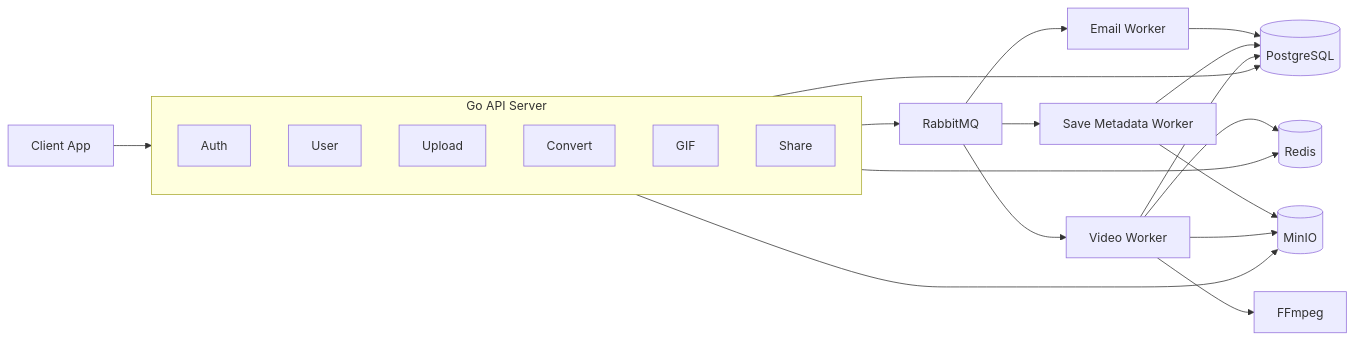
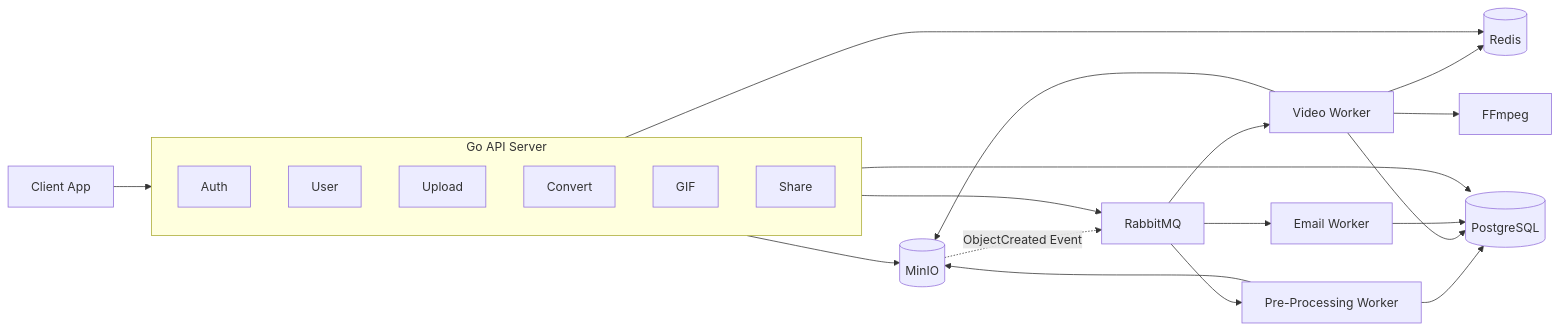
The first of 3 diagrams in README.md (labib0x9/FFgif), drawn with Mermaid before and after one commit. The commit also changed other lines of this file, not shown here.

Commit message:
docs: modified diagram of video converting

````diff
--- a/README.md
+++ b/README.md
@@ -23,46 +23,49 @@
 ```mermaid
 flowchart LR
 
     Client["Client App"]
 
     subgraph API["Go API Server"]
         Auth["Auth"]
         User["User"]
         Upload["Upload"]
         Convert["Convert"]
         GIF["GIF"]
         Share["Share"]
     end
 
     PG[("PostgreSQL")]
     Redis[("Redis")]
     MinIO[("MinIO")]
     RabbitMQ["RabbitMQ"]
 
+    PreWorker["Pre-Processing Worker"]
+    VideoWorker["Video Worker"]
     EmailWorker["Email Worker"]
-    VideoWorker["Video Worker"]
-    SaveWorker["Save Metadata Worker"]
 
     FFmpeg["FFmpeg"]
 
     Client --> API
 
     API --> PG
     API --> Redis
     API --> MinIO
     API --> RabbitMQ
 
-    RabbitMQ --> EmailWorker
+    %% Upload pipeline
+    MinIO -. ObjectCreated Event .-> RabbitMQ
+    RabbitMQ --> PreWorker
+    PreWorker --> MinIO
+    PreWorker --> PG
+
+    %% Conversion pipeline
     RabbitMQ --> VideoWorker
-    RabbitMQ --> SaveWorker
-
-    EmailWorker --> PG
-
-    SaveWorker --> PG
-    SaveWorker --> MinIO
-
     VideoWorker --> MinIO
     VideoWorker --> FFmpeg
+    VideoWorker --> Redis
     VideoWorker --> PG
-    VideoWorker --> Redis
+
+    %% Email pipeline
+    RabbitMQ --> EmailWorker
+    EmailWorker --> PG
 ```
````
